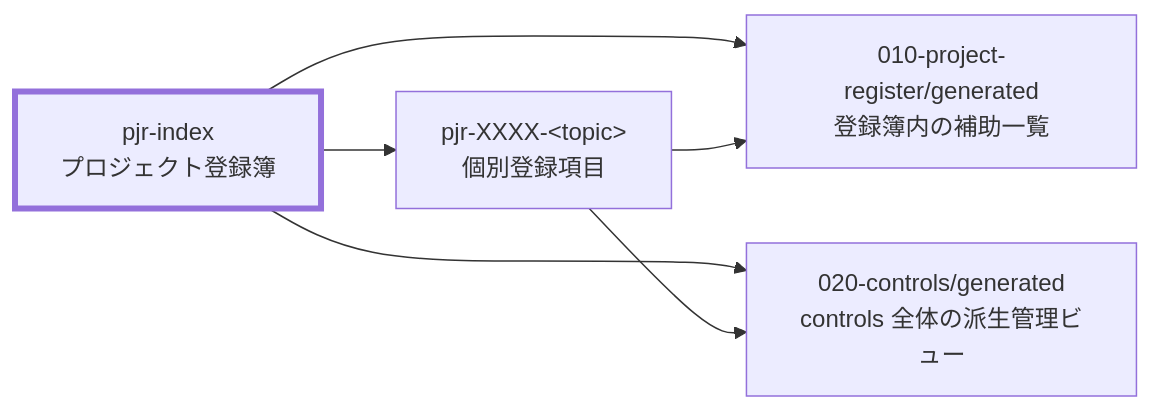
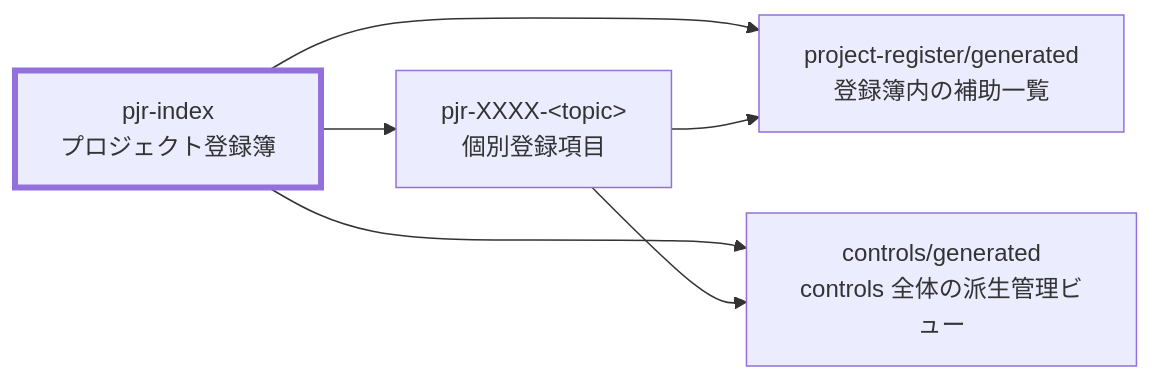
The diagram in docs/ja/specdojo/rulebooks/pjr-index-rulebook.md (specdojo/specdojo), drawn with Mermaid before and after one commit. The commit also changed other lines of this file and 11 other files, not shown here.

````diff
--- a/docs/ja/specdojo/rulebooks/pjr-index-rulebook.md
+++ b/docs/ja/specdojo/rulebooks/pjr-index-rulebook.md
@@ -31,16 +31,16 @@
 ```mermaid
 flowchart LR
   PJR_IDX["pjr-index<br>プロジェクト登録簿"]
   PJR_ITEM["pjr-XXXX-&lt;topic&gt;<br>個別登録項目"]
-  PJR_GEN["010-project-register/generated<br>登録簿内の補助一覧"]
-  PM_GEN["020-controls/generated<br>controls 全体の派生管理ビュー"]
+  PJR_GEN["project-register/generated<br>登録簿内の補助一覧"]
+  PM_GEN["controls/generated<br>controls 全体の派生管理ビュー"]
 
   PJR_IDX --> PJR_ITEM
   PJR_IDX --> PJR_GEN
   PJR_IDX --> PM_GEN
   PJR_ITEM --> PJR_GEN
   PJR_ITEM --> PM_GEN
 
   classDef target stroke-width:4px
   class PJR_IDX target
 ```
````
